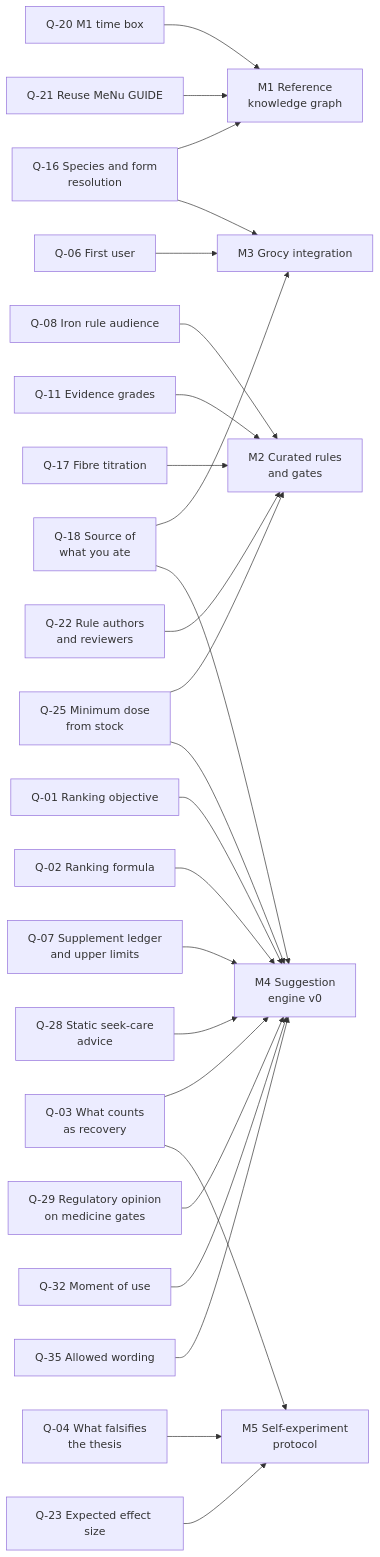
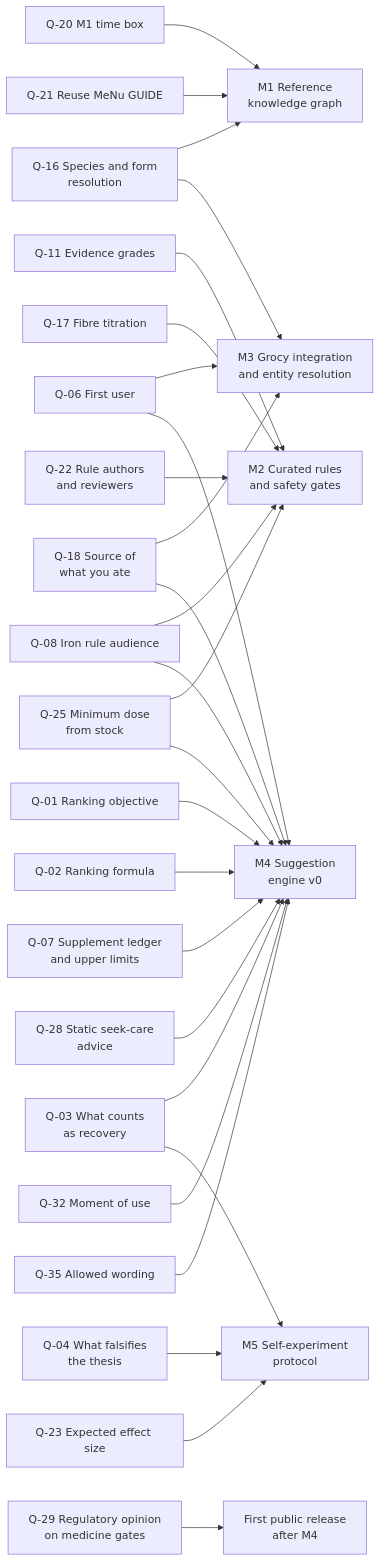
Before and after one commit to dev-nobytes-io/Grocy-Bioavaiability-and-Interactions-Reccomendation-Engine: the third of 3 diagrams in docs/open-questions.md, drawn with Mermaid. The commit also changed other lines of this file and 18 other files, not shown here.

````diff
--- a/docs/open-questions.md
+++ b/docs/open-questions.md
@@ -142,27 +142,29 @@
 ```mermaid
 flowchart LR
   Q20["Q-20 M1 time box"] --> M1["M1 Reference<br/>knowledge graph"]
   Q21["Q-21 Reuse MeNu GUIDE"] --> M1
   Q16["Q-16 Species and form<br/>resolution"] --> M1
-  Q16 --> M3["M3 Grocy integration"]
-  Q08["Q-08 Iron rule audience"] --> M2["M2 Curated rules<br/>and gates"]
+  Q16 --> M3["M3 Grocy integration<br/>and entity resolution"]
+  Q08["Q-08 Iron rule audience"] --> M2["M2 Curated rules<br/>and safety gates"]
   Q11["Q-11 Evidence grades"] --> M2
   Q17["Q-17 Fibre titration"] --> M2
   Q22["Q-22 Rule authors<br/>and reviewers"] --> M2
   Q25["Q-25 Minimum dose<br/>from stock"] --> M2
   Q25 --> M4["M4 Suggestion<br/>engine v0"]
   Q06["Q-06 First user"] --> M3
+  Q06 --> M4
   Q18["Q-18 Source of<br/>what you ate"] --> M3
   Q18 --> M4
+  Q08 --> M4
   Q01["Q-01 Ranking objective"] --> M4
   Q02["Q-02 Ranking formula"] --> M4
   Q03["Q-03 What counts<br/>as recovery"] --> M4
   Q03 --> M5["M5 Self-experiment<br/>protocol"]
   Q07["Q-07 Supplement ledger<br/>and upper limits"] --> M4
   Q28["Q-28 Static seek-care<br/>advice"] --> M4
-  Q29["Q-29 Regulatory opinion<br/>on medicine gates"] --> M4
+  Q29["Q-29 Regulatory opinion<br/>on medicine gates"] --> REL["First public release<br/>after M4"]
   Q32["Q-32 Moment of use"] --> M4
   Q35["Q-35 Allowed wording"] --> M4
   Q04["Q-04 What falsifies<br/>the thesis"] --> M5
   Q23["Q-23 Expected effect size"] --> M5
 ```
````
